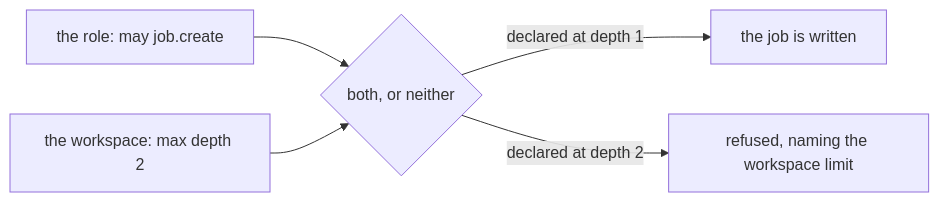
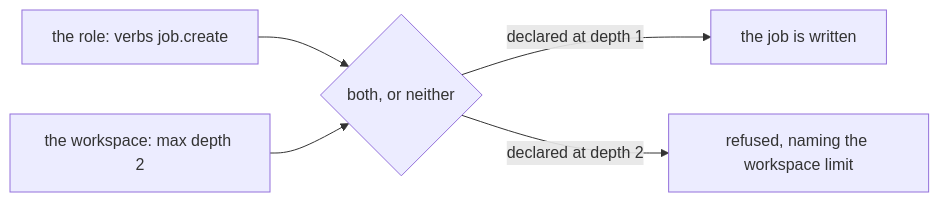
The second of 3 diagrams in docs/ROLES.md (atlantic-blue/quay-crew), drawn with Mermaid before and after one commit. The commit also changed other lines of this file and 3 other files, not shown here.

Commit message:
464: docs: the design says verbs where it said may

````diff
--- a/docs/ROLES.md
+++ b/docs/ROLES.md
@@ -168,7 +170,7 @@
 ```mermaid
 flowchart LR
-    ROLE["the role: may job.create"] --> AND{"both, or neither"}
+    ROLE["the role: verbs job.create"] --> AND{"both, or neither"}
     LIMITS["the workspace: max depth 2"] --> AND
     AND -->|"declared at depth 1"| YES["the job is written"]
     AND -->|"declared at depth 2"| NO["refused, naming the workspace limit"]
 ```
````
